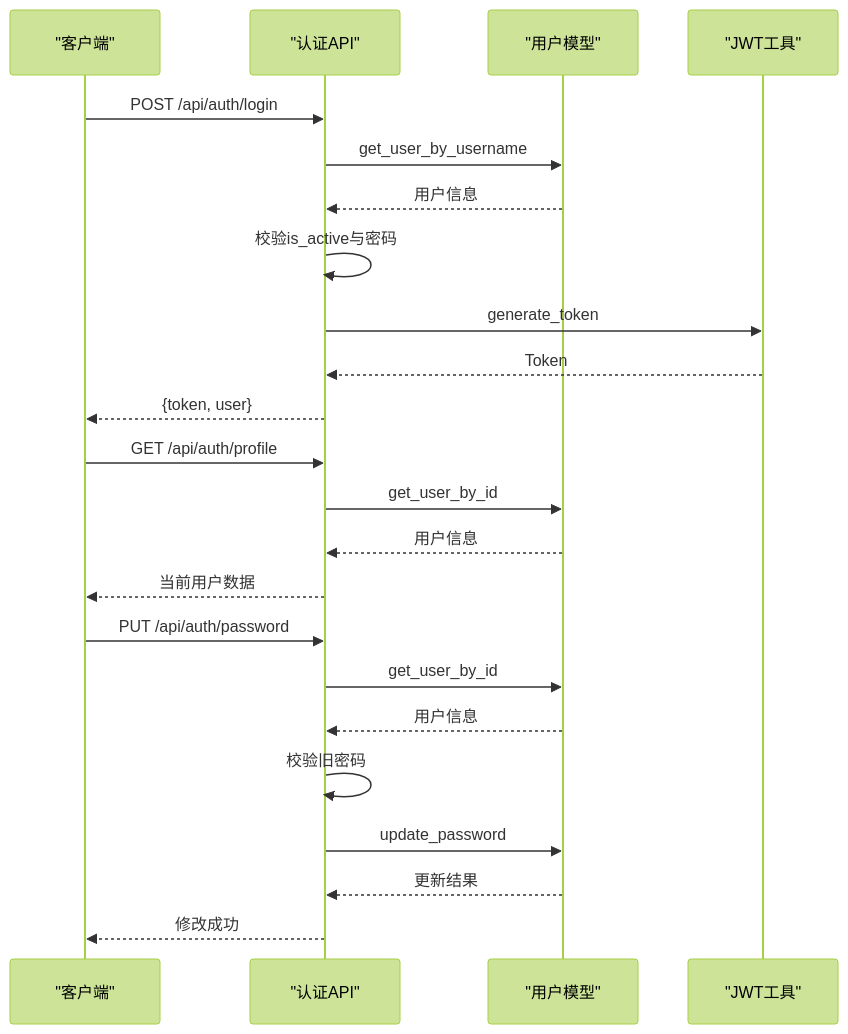
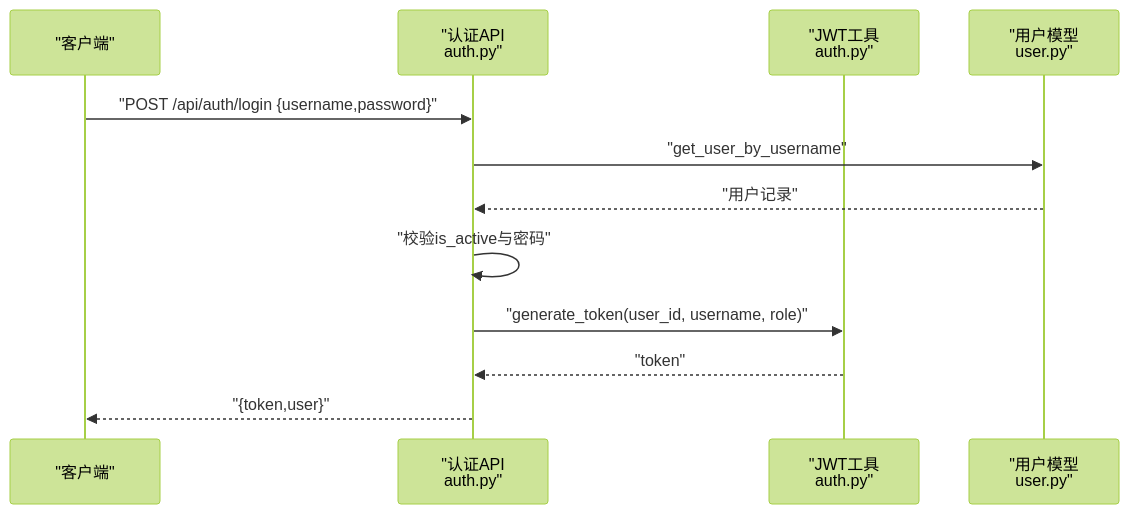
The fifth of 7 diagrams in .qoder/repowiki/zh/content/核心功能模块/用户管理模块.md (ismine3/OPS), drawn with Mermaid (forest theme) before and after one commit. The commit also changed other lines of this file and 109 other files, not shown here.

````diff
--- a/.qoder/repowiki/zh/content/核心功能模块/用户管理模块.md
+++ b/.qoder/repowiki/zh/content/核心功能模块/用户管理模块.md
@@ -210,25 +273,14 @@
 ```mermaid
 sequenceDiagram
-participant Client as "客户端"
-participant AuthAPI as "认证API"
-participant UserDB as "用户模型"
-participant JWT as "JWT工具"
-Client->>AuthAPI : POST /api/auth/login
-AuthAPI->>UserDB : get_user_by_username
-UserDB-->>AuthAPI : 用户信息
-AuthAPI->>AuthAPI : 校验is_active与密码
-AuthAPI->>JWT : generate_token
-JWT-->>AuthAPI : Token
-AuthAPI-->>Client : {token, user}
-Client->>AuthAPI : GET /api/auth/profile
-AuthAPI->>UserDB : get_user_by_id
-UserDB-->>AuthAPI : 用户信息
-AuthAPI-->>Client : 当前用户数据
-Client->>AuthAPI : PUT /api/auth/password
-AuthAPI->>UserDB : get_user_by_id
-UserDB-->>AuthAPI : 用户信息
-AuthAPI->>AuthAPI : 校验旧密码
-AuthAPI->>UserDB : update_password
-UserDB-->>AuthAPI : 更新结果
-AuthAPI-->>Client : 修改成功
+participant C as "客户端"
+participant A as "认证API<br/>auth.py"
+participant AU as "JWT工具<br/>auth.py"
+participant UM as "用户模型<br/>user.py"
+C->>A : "POST /api/auth/login {username,password}"
+A->>UM : "get_user_by_username"
+UM-->>A : "用户记录"
+A->>A : "校验is_active与密码"
+A->>AU : "generate_token(user_id, username, role)"
+AU-->>A : "token"
+A-->>C : "{token,user}"
 ```
````
